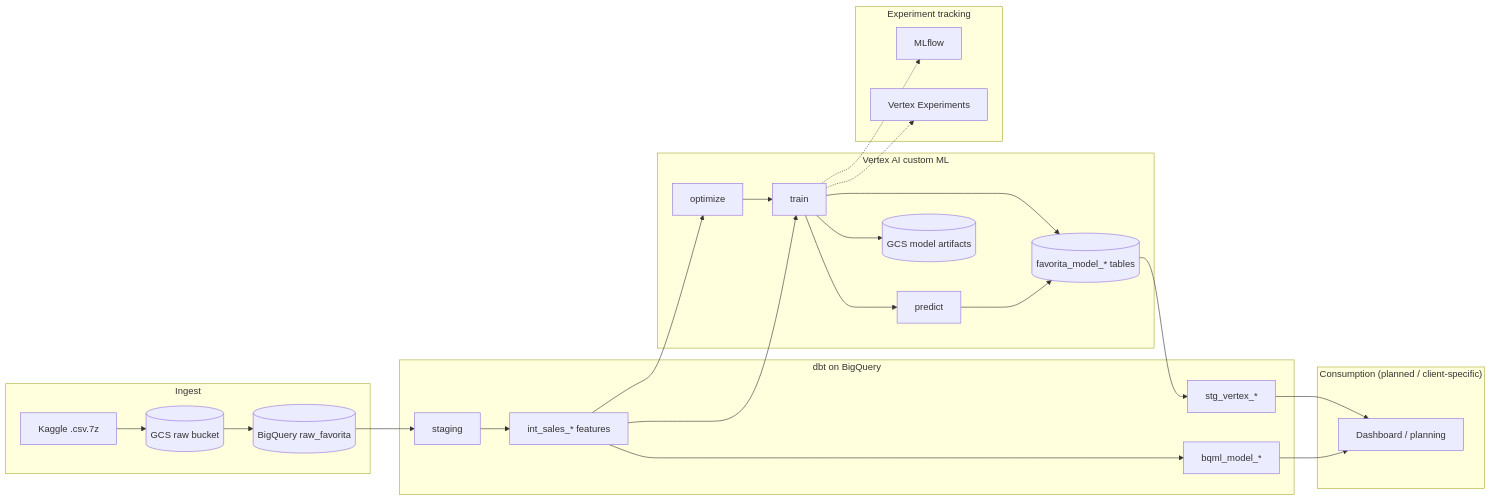
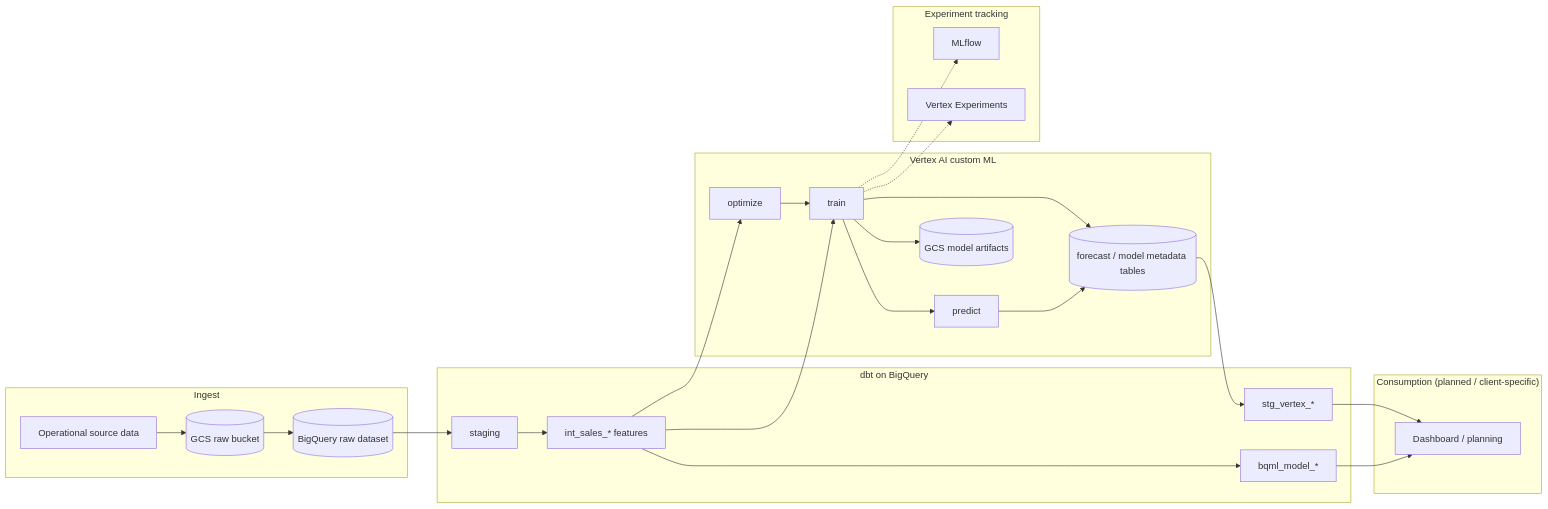
One commit to the-datastrategist/tds-dbt-favorita changed the first of 5 diagrams in docs/reference_architecture.md. Above: the diagram before and after it, drawn with Mermaid. The commit also changed other lines of this file and 133 other files, not shown here.

````diff
--- a/docs/reference_architecture.md
+++ b/docs/reference_architecture.md
@@ -26,45 +28,45 @@
 ```mermaid
 flowchart LR
   subgraph Ingest
-    Kaggle[Kaggle .csv.7z]
+    Source[Operational source data]
     GCS[(GCS raw bucket)]
-    BQRaw[(BigQuery raw_favorita)]
-    Kaggle --> GCS --> BQRaw
+    BQRaw[(BigQuery raw dataset)]
+    Source --> GCS --> BQRaw
   end
 
   subgraph dbt["dbt on BigQuery"]
     Stg[staging]
     Int[int_sales_* features]
     BQML[bqml_model_*]
     StgVertex[stg_vertex_*]
     BQRaw --> Stg --> Int
     Int --> BQML
   end
 
   subgraph Vertex["Vertex AI custom ML"]
     Train[train]
     Opt[optimize]
     Pred[predict]
     GCSModels[(GCS model artifacts)]
-    BQMeta[(favorita_model_* tables)]
+    BQMeta[(forecast / model metadata tables)]
     Int --> Train
     Int --> Opt --> Train --> Pred
     Train --> GCSModels
     Train --> BQMeta
     Pred --> BQMeta
   end
 
   subgraph Track["Experiment tracking"]
     MLflow[MLflow]
     VExp[Vertex Experiments]
     Train -.-> MLflow
     Train -.-> VExp
   end
 
   BQMeta --> StgVertex
   subgraph Consume["Consumption (planned / client-specific)"]
     BI[Dashboard / planning]
     StgVertex --> BI
     BQML --> BI
   end
 ```
````
